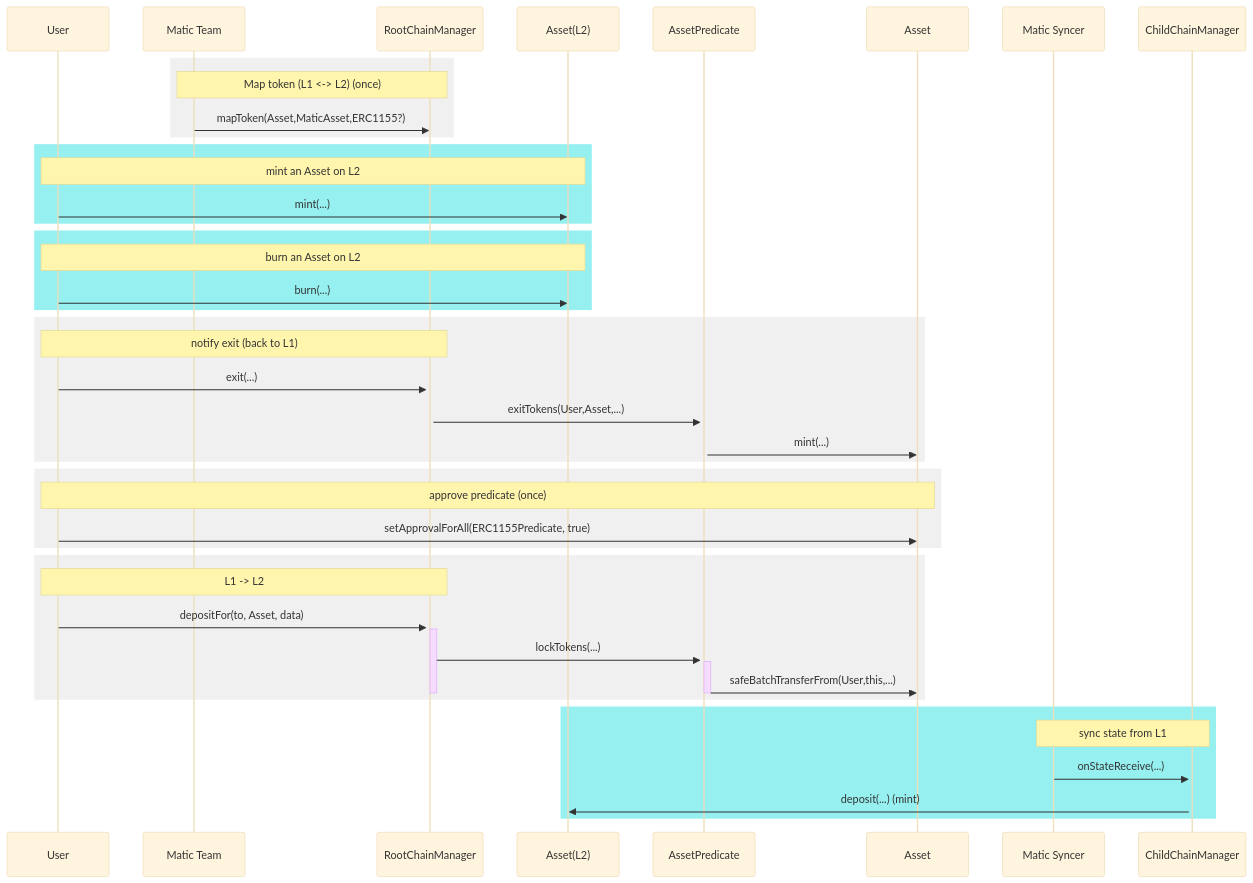
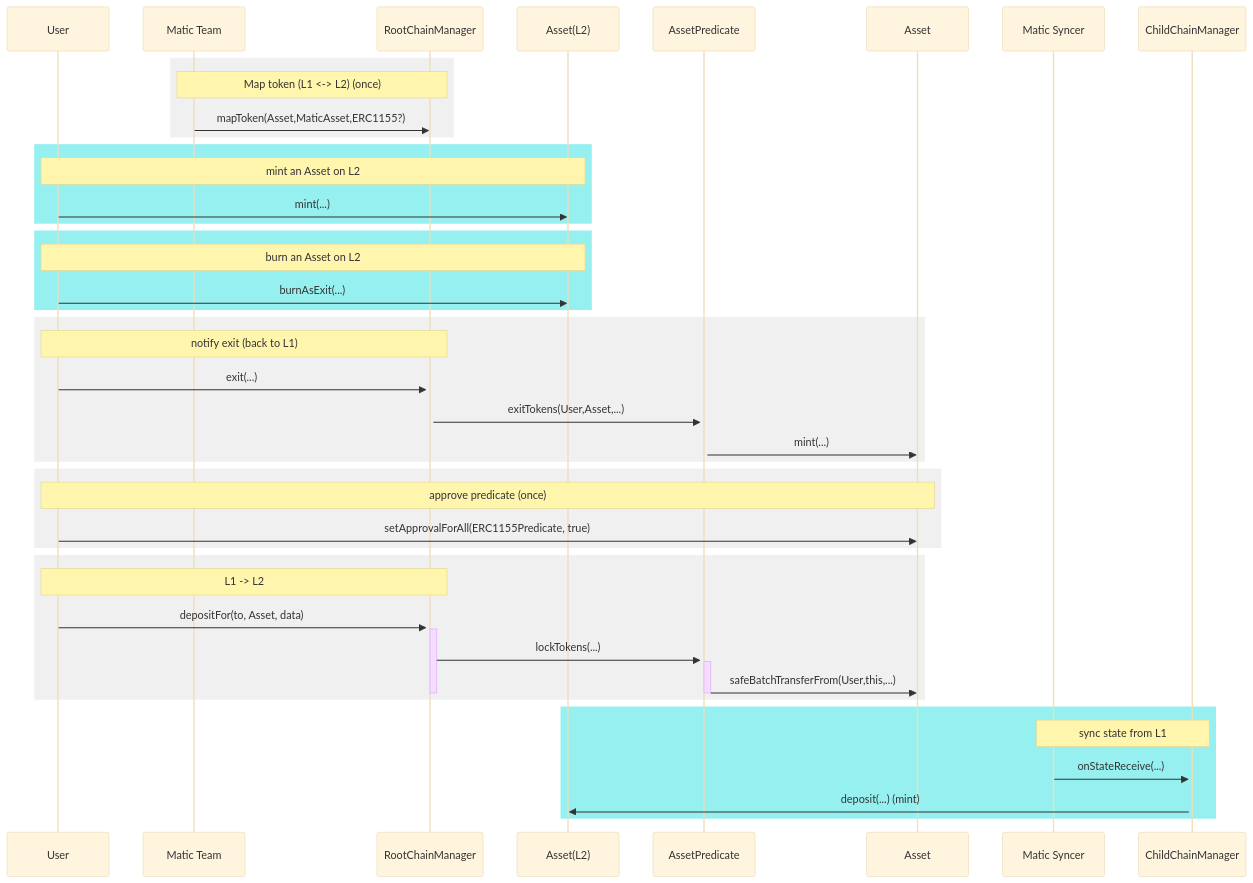
The diagram in documentation/diagrams/matic/minted_on_l2.mmd (block-ninja/sandbox-smart-contracts), drawn with Mermaid (base theme) before and after one commit. The commit also changed 7 other files, not shown here.

Commit message:
update diagram

```diff
--- a/documentation/diagrams/matic/minted_on_l2.mmd
+++ b/documentation/diagrams/matic/minted_on_l2.mmd
@@ -1,36 +1,36 @@
 sequenceDiagram
     participant User
     rect rgb(240, 240, 240)
         Note over Matic Team,RootChainManager: Map token (L1 <-> L2) (once)
         Matic Team->>RootChainManager:mapToken(Asset,MaticAsset,ERC1155?)
     end
     rect rgb(150, 240, 240)
         Note over User,Asset(L2): mint an Asset on L2
         User->>Asset(L2):mint(...)
     end
     rect rgb(150, 240, 240)
         Note over User,Asset(L2): burn an Asset on L2
-        User->>Asset(L2):burn(...)
+        User->>Asset(L2):burnAsExit(...)
     end
     rect rgb(240, 240, 240)
         Note over User,RootChainManager: notify exit (back to L1)
         User->>+RootChainManager:exit(...)
         RootChainManager->>+AssetPredicate: exitTokens(User,Asset,...)
         AssetPredicate->>Asset: mint(...)
     end
     rect rgb(240, 240, 240)
         Note over User,Asset: approve predicate (once)
         User->>Asset:setApprovalForAll(ERC1155Predicate, true)
     end
     rect rgb(240, 240, 240)
         Note over User,RootChainManager: L1 -> L2
         User->>+RootChainManager:depositFor(to, Asset, data)
         RootChainManager->>+AssetPredicate: lockTokens(...)
         AssetPredicate->>-Asset:safeBatchTransferFrom(User,this,...)
         deactivate RootChainManager
     end
     rect rgb(150, 240, 240)
         Note over Matic Syncer,ChildChainManager: sync state from L1
         Matic Syncer->>+ChildChainManager:onStateReceive(...)
         ChildChainManager->>Asset(L2): deposit(...) (mint)
     end
```
